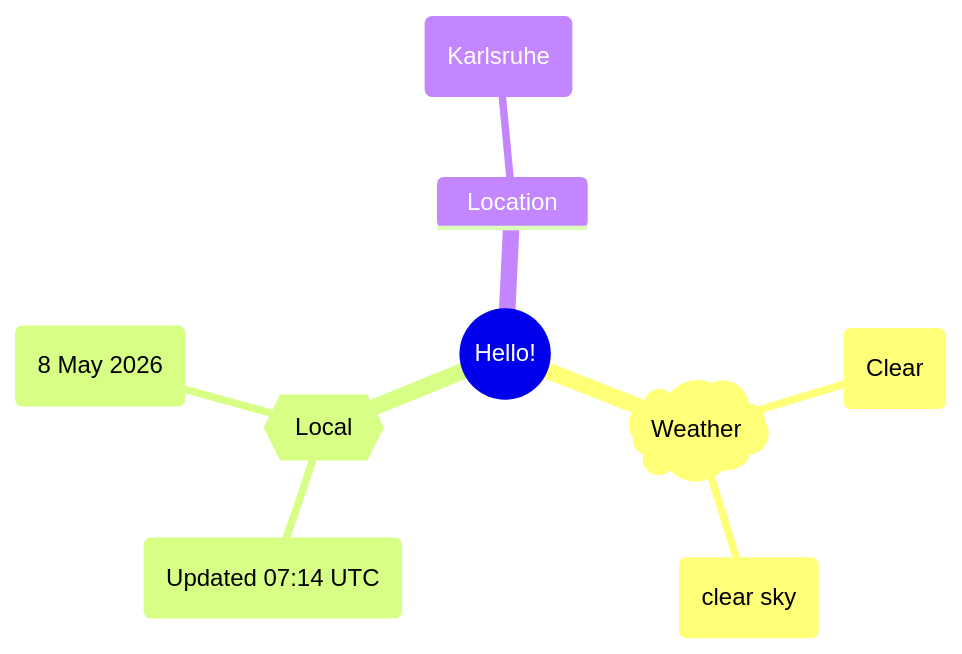
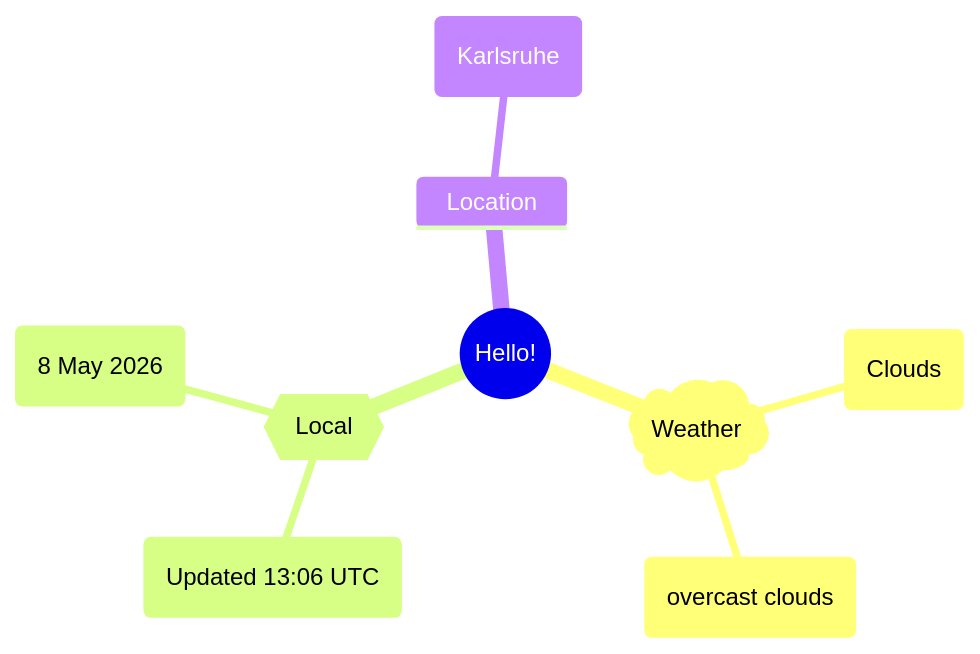
The first of 2 diagrams in README.md (Xosrov/Xosrov), drawn with Mermaid before and after one commit.

Commit message:
[bot] updated images

````diff
--- a/README.md
+++ b/README.md
@@ -3,12 +3,12 @@
 ```mermaid
 mindmap
   root((Hello!))
     )Weather(
-        (Clear)
-        (clear sky)
+        (Clouds)
+        (overcast clouds)
     {{Local}}
-        (Updated 07:14 UTC)
+        (Updated 13:06 UTC)
         (8 May 2026)
     Location
         (Karlsruhe)
 ```
````
